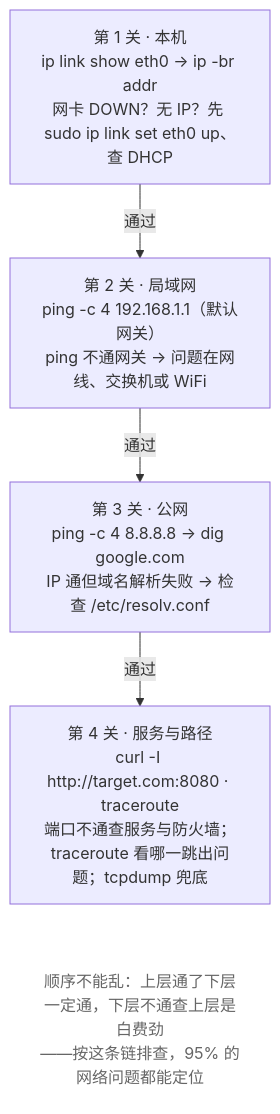
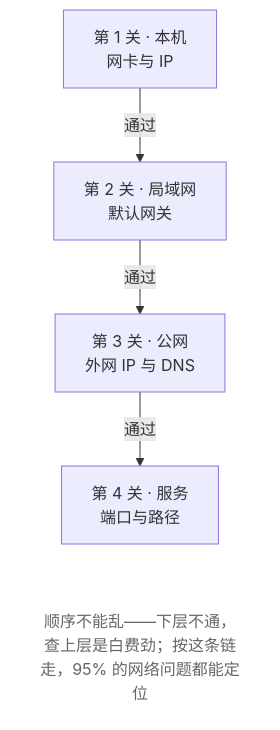
The third of 3 diagrams in src/linux-command/ch14.md (wangxiangnan/wangxiangnan.github.io), drawn with Mermaid before and after one commit. The commit also changed other lines of this file and 25 other files, not shown here.

````diff
--- a/src/linux-command/ch14.md
+++ b/src/linux-command/ch14.md
@@ -923,16 +923,16 @@
 ```mermaid
 flowchart TB
-    G1["第 1 关 · 本机<br>ip link show eth0 → ip -br addr<br>网卡 DOWN？无 IP？先 sudo ip link set eth0 up、查 DHCP"]
-    G2["第 2 关 · 局域网<br>ping -c 4 192.168.1.1（默认网关）<br>ping 不通网关 → 问题在网线、交换机或 WiFi"]
-    G3["第 3 关 · 公网<br>ping -c 4 8.8.8.8 → dig google.com<br>IP 通但域名解析失败 → 检查 /etc/resolv.conf"]
-    G4["第 4 关 · 服务与路径<br>curl -I http://target.com:8080 · traceroute<br>端口不通查服务与防火墙；traceroute 看哪一跳出问题；tcpdump 兜底"]
-    N["顺序不能乱：上层通了下层一定通，下层不通查上层是白费劲<br>——按这条链排查，95% 的网络问题都能定位"]
+    G1["第 1 关 · 本机<br>网卡与 IP"]
+    G2["第 2 关 · 局域网<br>默认网关"]
+    G3["第 3 关 · 公网<br>外网 IP 与 DNS"]
+    G4["第 4 关 · 服务<br>端口与路径"]
+    N["顺序不能乱——下层不通，查上层是白费劲；按这条链走，95% 的网络问题都能定位"]
 
     G1 -->|通过| G2
     G2 -->|通过| G3
     G3 -->|通过| G4
     G4 ~~~ N
 
     classDef note fill:none,stroke:none,color:#666
     class N note
 ```
````
